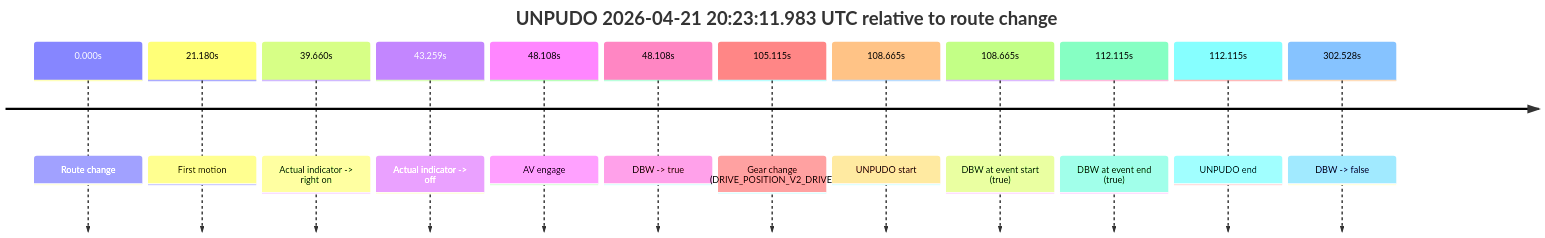
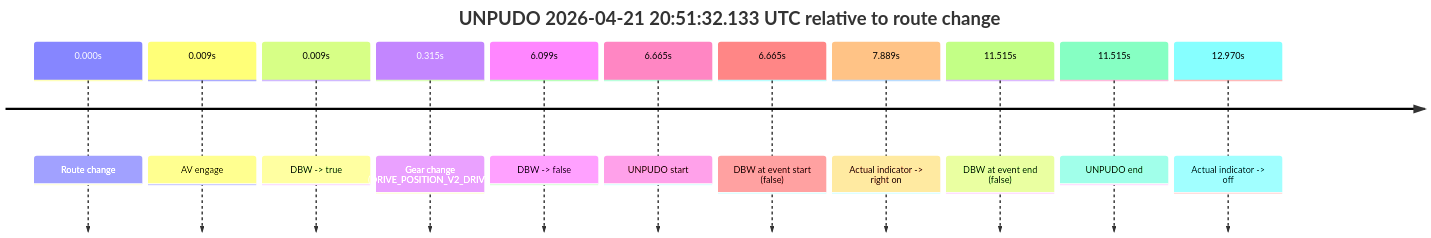
Before and after one commit to yoelshapiro/vault: diagram 12 of 12 in model_analysis/report_cards/2026/04/Week-4/fme10005--2026-04-21--19-22-29--gen2-av-317481e0-4c9f-4033-96a4-619458685d04.md, drawn with Mermaid. The commit also changed other lines of this file and 53 other files, not shown here.

````diff
--- a/model_analysis/report_cards/2026/04/Week-4/fme10005--2026-04-21--19-22-29--gen2-av-317481e0-4c9f-4033-96a4-619458685d04.md
+++ b/model_analysis/report_cards/2026/04/Week-4/fme10005--2026-04-21--19-22-29--gen2-av-317481e0-4c9f-4033-96a4-619458685d04.md
@@ -1606,16 +1065,15 @@
 ```mermaid
 timeline
-    title UNPUDO 2026-04-21 20:23:11.983 UTC relative to route change
+    title UNPUDO 2026-04-21 20:51:32.133 UTC relative to route change
     0.000s : Route change
-    21.180s : First motion
-    39.660s : Actual indicator -> right on
-    43.259s : Actual indicator -> off
-    48.108s : AV engage
-    48.108s : DBW -> true
-    105.115s : Gear change (DRIVE_POSITION_V2_DRIVE)
-    108.665s : UNPUDO start
-    108.665s : DBW at event start (true)
-    112.115s : DBW at event end (true)
-    112.115s : UNPUDO end
-    302.528s : DBW -> false
+    0.009s : AV engage
+    0.009s : DBW -> true
+    0.315s : Gear change (DRIVE_POSITION_V2_DRIVE)
+    6.099s : DBW -> false
+    6.665s : UNPUDO start
+    6.665s : DBW at event start (false)
+    7.889s : Actual indicator -> right on
+    11.515s : DBW at event end (false)
+    11.515s : UNPUDO end
+    12.970s : Actual indicator -> off
 ```
````
